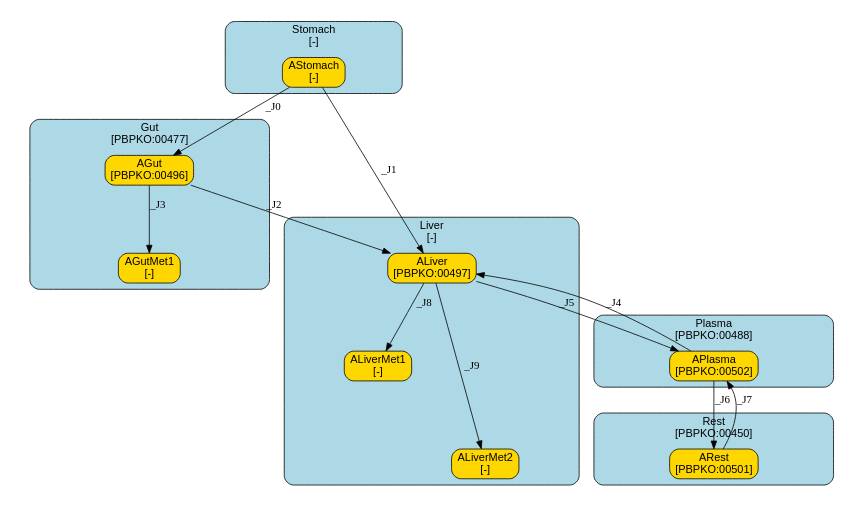
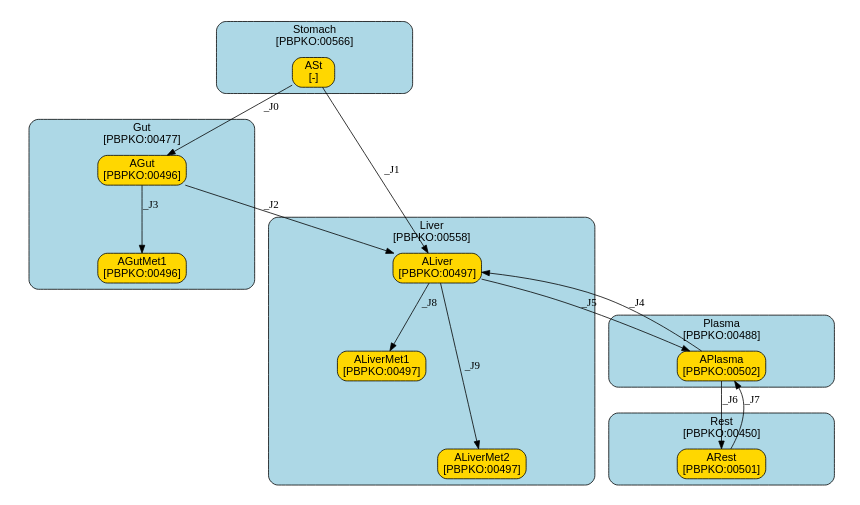
One commit to fair-pbk/exposure-route-pbk-models changed the diagram in models/oral/Bisphenols/Sharma/summary.dot. Above: the diagram before and after it, drawn with Graphviz. The commit also changed 188 other files, not shown here.

```diff
--- a/models/oral/Bisphenols/Sharma/summary.dot
+++ b/models/oral/Bisphenols/Sharma/summary.dot
@@ -1,130 +1,130 @@
 digraph {
 	graph [ratio=fill,
 		size="7,4"
 	];
 	node [fontname=Arial];
 	subgraph cluster_Stomach {
 		graph [color=black,
 			fillcolor=lightblue,
 			fontname=Arial,
 			href="#compartment-Stomach",
 			label="Stomach
-[-]",
+[PBPKO:00566]",
 			shape=box,
 			style="filled,rounded"
 		];
-		AStomach	[color=black,
+		ASt	[color=black,
 			fillcolor=gold,
-			href="#species-AStomach",
-			label="AStomach
+			href="#species-ASt",
+			label="ASt
 [-]",
 			shape=box,
 			style="filled,rounded"];
 	}
 	subgraph cluster_Liver {
 		graph [color=black,
 			fillcolor=lightblue,
 			fontname=Arial,
 			href="#compartment-Liver",
 			label="Liver
-[-]",
+[PBPKO:00558]",
 			shape=box,
 			style="filled,rounded"
 		];
 		ALiver	[color=black,
 			fillcolor=gold,
 			href="#species-ALiver",
 			label="ALiver
 [PBPKO:00497]",
 			shape=box,
 			style="filled,rounded"];
 		ALiverMet1	[color=black,
 			fillcolor=gold,
 			href="#species-ALiverMet1",
 			label="ALiverMet1
-[-]",
+[PBPKO:00497]",
 			shape=box,
 			style="filled,rounded"];
 		ALiverMet2	[color=black,
 			fillcolor=gold,
 			href="#species-ALiverMet2",
 			label="ALiverMet2
-[-]",
+[PBPKO:00497]",
 			shape=box,
 			style="filled,rounded"];
 	}
 	subgraph cluster_Plasma {
 		graph [color=black,
 			fillcolor=lightblue,
 			fontname=Arial,
 			href="#compartment-Plasma",
 			label="Plasma
 [PBPKO:00488]",
 			shape=box,
 			style="filled,rounded"
 		];
 		APlasma	[color=black,
 			fillcolor=gold,
 			href="#species-APlasma",
 			label="APlasma
 [PBPKO:00502]",
 			shape=box,
 			style="filled,rounded"];
 	}
 	subgraph cluster_Gut {
 		graph [color=black,
 			fillcolor=lightblue,
 			fontname=Arial,
 			href="#compartment-Gut",
 			label="Gut
 [PBPKO:00477]",
 			shape=box,
 			style="filled,rounded"
 		];
 		AGut	[color=black,
 			fillcolor=gold,
 			href="#species-AGut",
 			label="AGut
 [PBPKO:00496]",
 			shape=box,
 			style="filled,rounded"];
 		AGutMet1	[color=black,
 			fillcolor=gold,
 			href="#species-AGutMet1",
 			label="AGutMet1
-[-]",
+[PBPKO:00496]",
 			shape=box,
 			style="filled,rounded"];
 	}
 	subgraph cluster_Rest {
 		graph [color=black,
 			fillcolor=lightblue,
 			fontname=Arial,
 			href="#compartment-Rest",
 			label="Rest
 [PBPKO:00450]",
 			shape=box,
 			style="filled,rounded"
 		];
 		ARest	[color=black,
 			fillcolor=gold,
 			href="#species-ARest",
 			label="ARest
 [PBPKO:00501]",
 			shape=box,
 			style="filled,rounded"];
 	}
-	AStomach -> ALiver	[label=_J1];
-	AStomach -> AGut	[label=_J0];
+	ASt -> ALiver	[label=_J1];
+	ASt -> AGut	[label=_J0];
 	ALiver -> ALiverMet1	[label=_J8,
 		minlen=1];
 	ALiver -> ALiverMet2	[label=_J9,
 		minlen=2];
 	ALiver -> APlasma	[label=_J5];
 	APlasma -> ALiver	[label=_J4];
 	APlasma -> ARest	[label=_J6];
 	AGut -> ALiver	[label=_J2];
 	AGut -> AGutMet1	[label=_J3,
 		minlen=1];
 	ARest -> APlasma	[label=_J7];
 }
```
